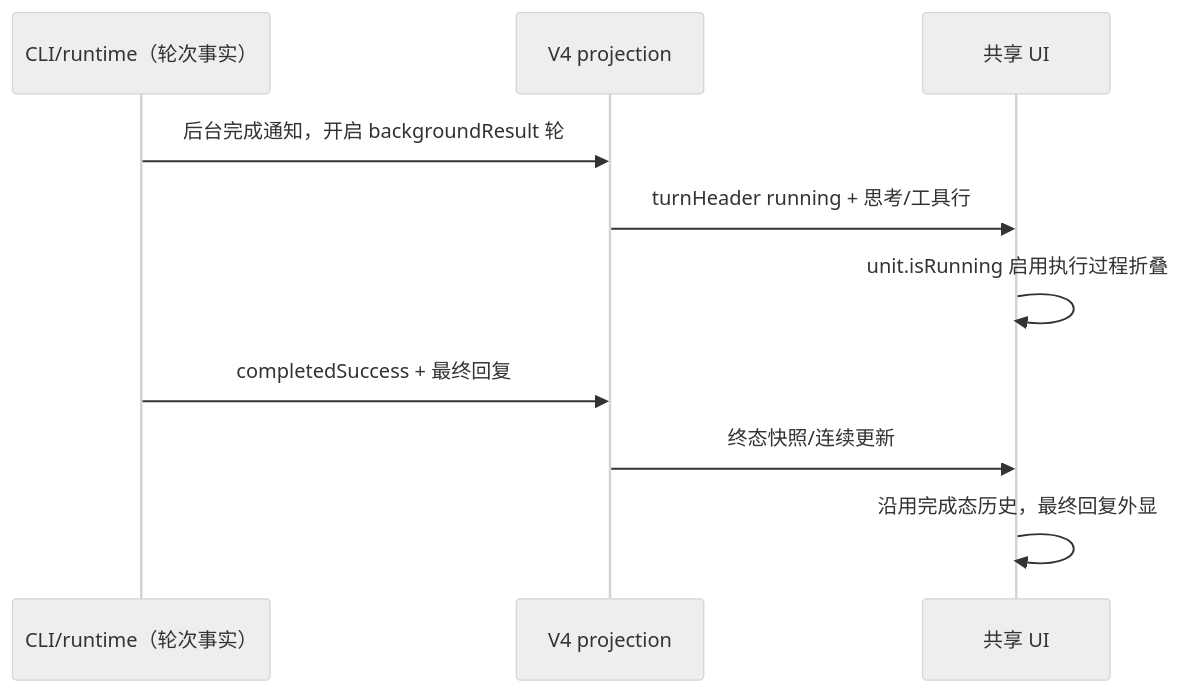
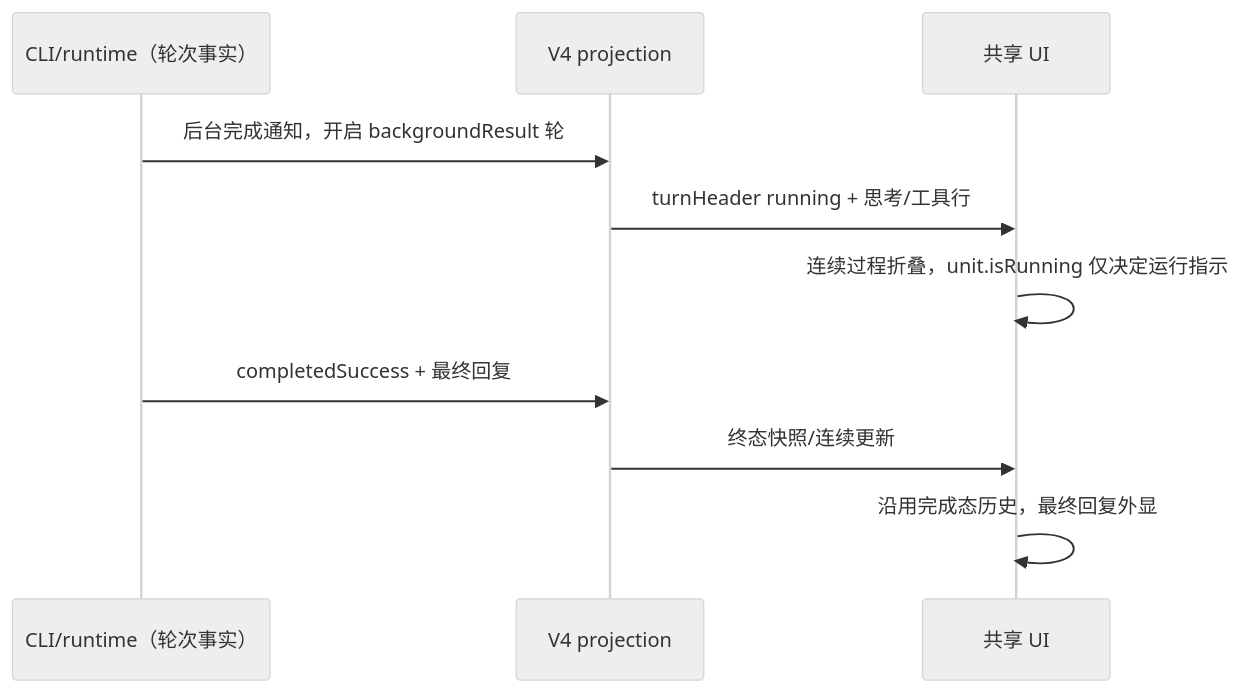
One commit to xiaobaoaaaaaa/ZCode changed the first of 2 diagrams in docs/ui/execution-activity-collapse.md. Above: the diagram before and after it, drawn with Mermaid (neutral theme). The commit also changed other lines of this file and 22 other files, not shown here.

````diff
--- a/docs/ui/execution-activity-collapse.md
+++ b/docs/ui/execution-activity-collapse.md
@@ -76,12 +76,12 @@
 ```mermaid
 sequenceDiagram
   participant C as CLI/runtime（轮次事实）
   participant P as V4 projection
   participant U as 共享 UI
   C->>P: 后台完成通知，开启 backgroundResult 轮
   P->>U: turnHeader running + 思考/工具行
-  U->>U: unit.isRunning 启用执行过程折叠
+  U->>U: 连续过程折叠，unit.isRunning 仅决定运行指示
   C->>P: completedSuccess + 最终回复
   P->>U: 终态快照/连续更新
   U->>U: 沿用完成态历史，最终回复外显
 ```
````
